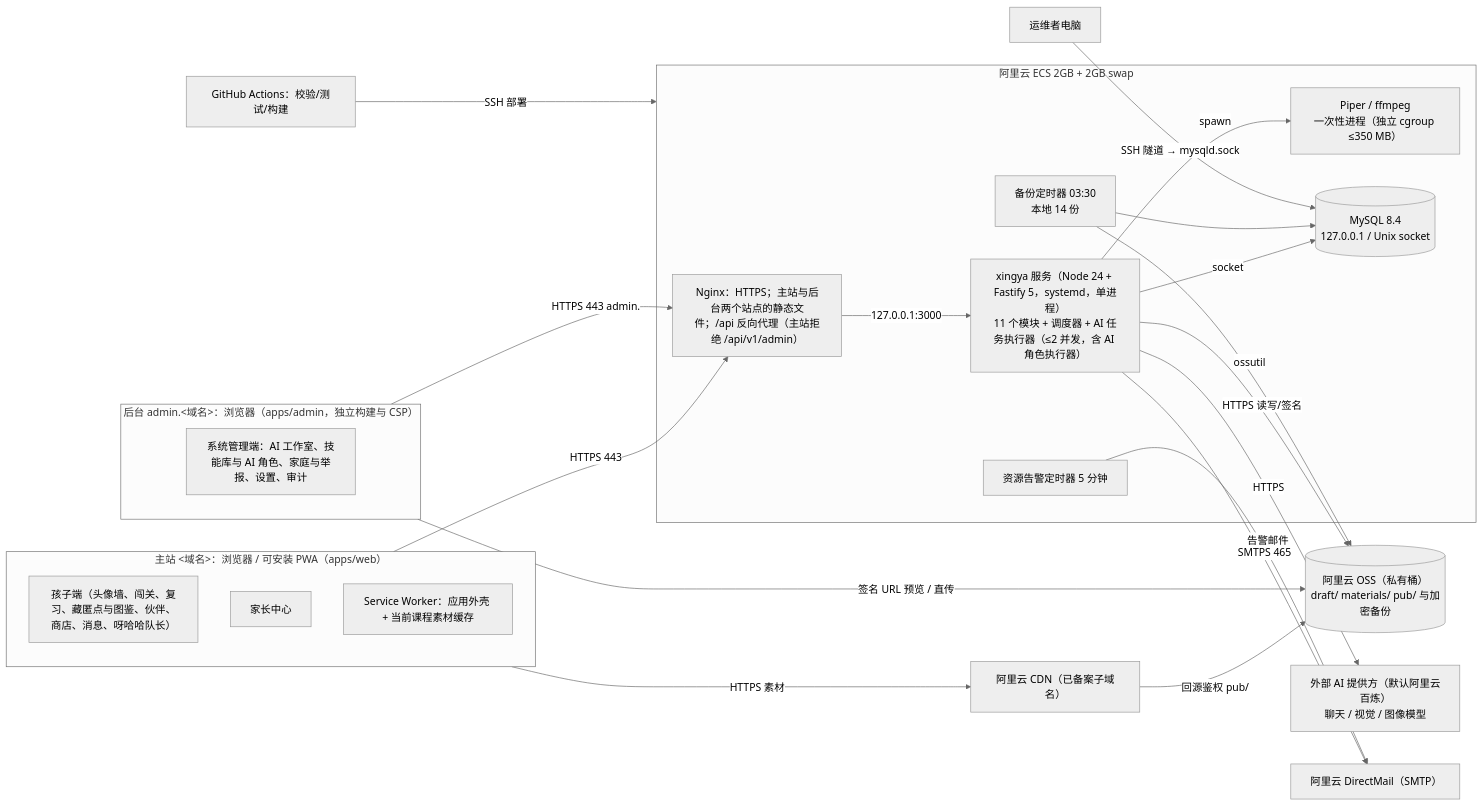
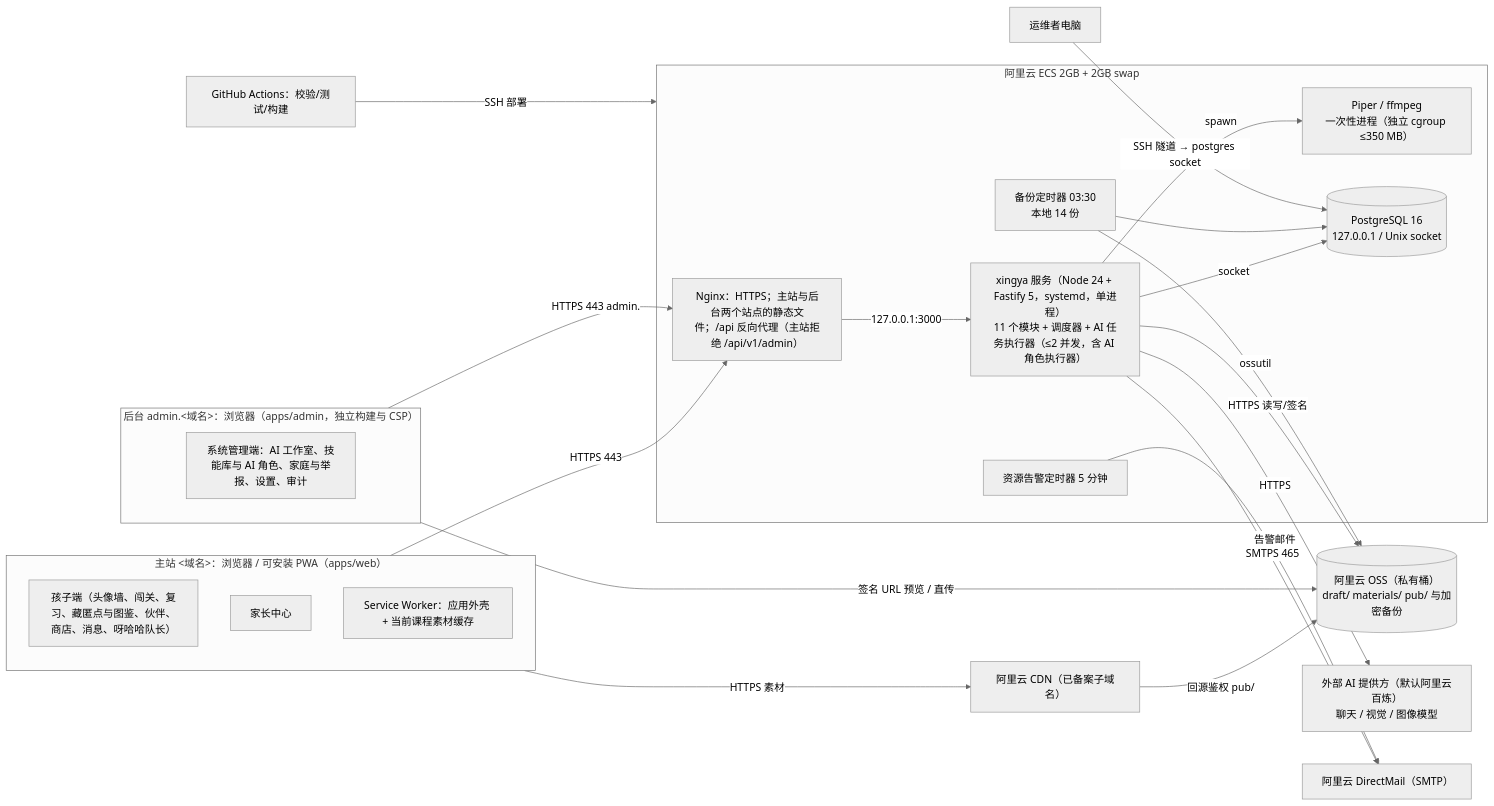
Before and after one commit to leomoon2016/xingya: the diagram in docs/02-solution/overview.md, drawn with Mermaid (neutral theme). The commit also changed other lines of this file and 53 other files, not shown here.

First line of the commit message:
docs(db): redesign for PostgreSQL 16

````diff
--- a/docs/02-solution/overview.md
+++ b/docs/02-solution/overview.md
@@ -9,42 +9,42 @@
 ```mermaid
 flowchart LR
   subgraph Client["主站 <域名>：浏览器 / 可安装 PWA（apps/web）"]
     Kid["孩子端（头像墙、闯关、复习、藏匿点与图鉴、伙伴、商店、消息、呀哈哈队长）"]
     Par["家长中心"]
     SW["Service Worker：应用外壳 + 当前课程素材缓存"]
   end
   subgraph AdminC["后台 admin.<域名>：浏览器（apps/admin，独立构建与 CSP）"]
     Adm["系统管理端：AI 工作室、技能库与 AI 角色、家庭与举报、设置、审计"]
   end
   subgraph ECS["阿里云 ECS 2GB + 2GB swap"]
     NGX["Nginx：HTTPS；主站与后台两个站点的静态文件；/api 反向代理（主站拒绝 /api/v1/admin）"]
     APP["xingya 服务（Node 24 + Fastify 5，systemd，单进程）\n11 个模块 + 调度器 + AI 任务执行器（≤2 并发，含 AI 角色执行器）"]
     PIP["Piper / ffmpeg\n一次性进程（独立 cgroup ≤350 MB）"]
-    DB[("MySQL 8.4\n127.0.0.1 / Unix socket")]
+    DB[("PostgreSQL 16\n127.0.0.1 / Unix socket")]
     BK["备份定时器 03:30\n本地 14 份"]
     AL["资源告警定时器 5 分钟"]
   end
   CDN["阿里云 CDN（已备案子域名）"]
   OSS[("阿里云 OSS（私有桶）\ndraft/ materials/ pub/ 与加密备份")]
   AI["外部 AI 提供方（默认阿里云百炼）\n聊天 / 视觉 / 图像模型"]
   SMTP["阿里云 DirectMail（SMTP）"]
   GH["GitHub Actions：校验/测试/构建"]
   Ops["运维者电脑"]
 
   Client -->|HTTPS 443| NGX
   AdminC -->|HTTPS 443 admin.| NGX
   AdminC -->|签名 URL 预览 / 直传| OSS
   Client -->|HTTPS 素材| CDN
   CDN -->|回源鉴权 pub/| OSS
   NGX -->|127.0.0.1:3000| APP
   APP -->|socket| DB
   APP -->|spawn| PIP
   APP -->|HTTPS| AI
   APP -->|HTTPS 读写/签名| OSS
   APP -->|SMTPS 465| SMTP
   BK --> DB
   BK -->|ossutil| OSS
   AL -->|告警邮件| SMTP
   GH -->|SSH 部署| ECS
-  Ops -->|SSH 隧道 → mysqld.sock| DB
+  Ops -->|SSH 隧道 → postgres socket| DB
 ```
````
